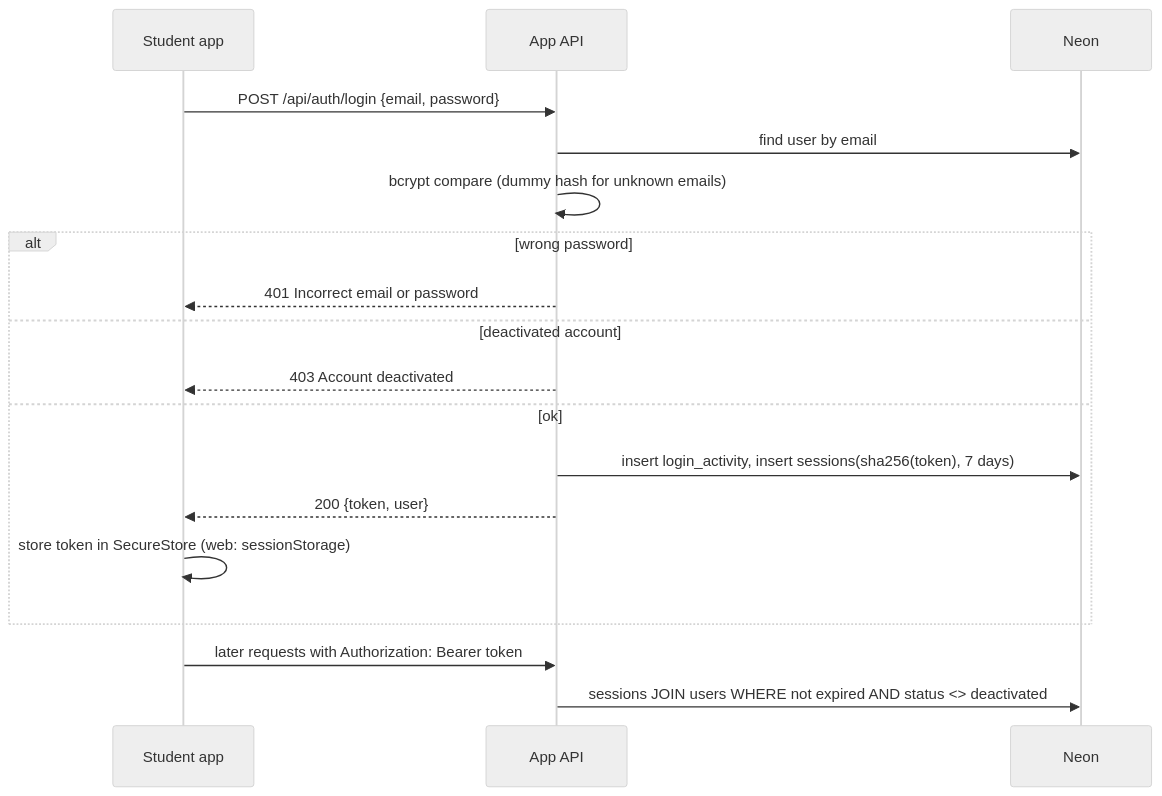
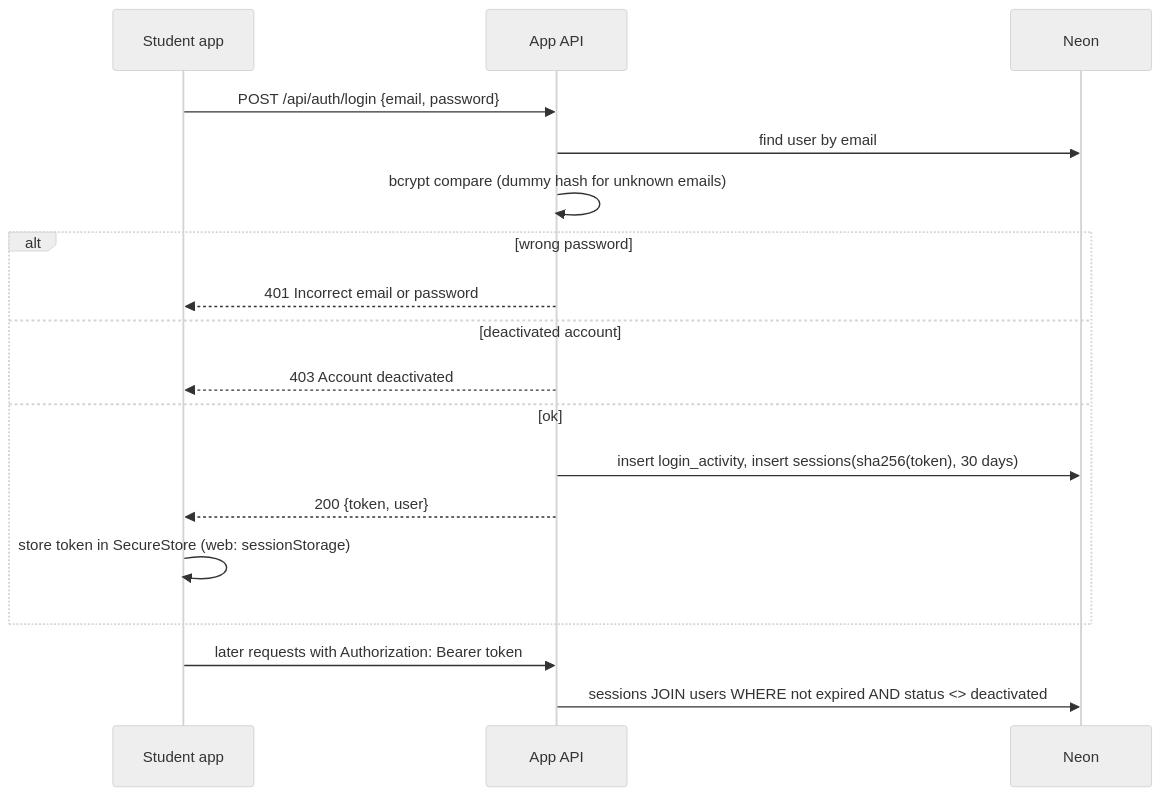
The fourth of 9 diagrams in ARCHITECTURE.md (nathecruz/Capstone-Project), drawn with Mermaid (neutral theme) before and after one commit. The commit also changed other lines of this file and 7 other files, not shown here.

````diff
--- a/ARCHITECTURE.md
+++ b/ARCHITECTURE.md
@@ -144,20 +144,20 @@
 ```mermaid
 sequenceDiagram
   participant A as Student app
   participant API as App API
   participant DB as Neon
   A->>API: POST /api/auth/login {email, password}
   API->>DB: find user by email
   API->>API: bcrypt compare (dummy hash for unknown emails)
   alt wrong password
     API-->>A: 401 Incorrect email or password
   else deactivated account
     API-->>A: 403 Account deactivated
   else ok
-    API->>DB: insert login_activity, insert sessions(sha256(token), 7 days)
+    API->>DB: insert login_activity, insert sessions(sha256(token), 30 days)
     API-->>A: 200 {token, user}
     A->>A: store token in SecureStore (web: sessionStorage)
   end
   A->>API: later requests with Authorization: Bearer token
   API->>DB: sessions JOIN users WHERE not expired AND status <> deactivated
 ```
````
